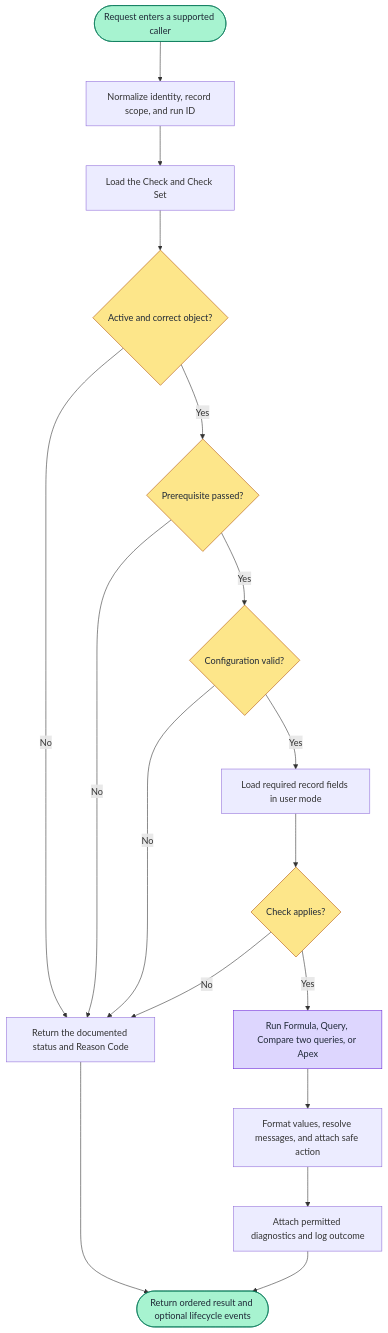
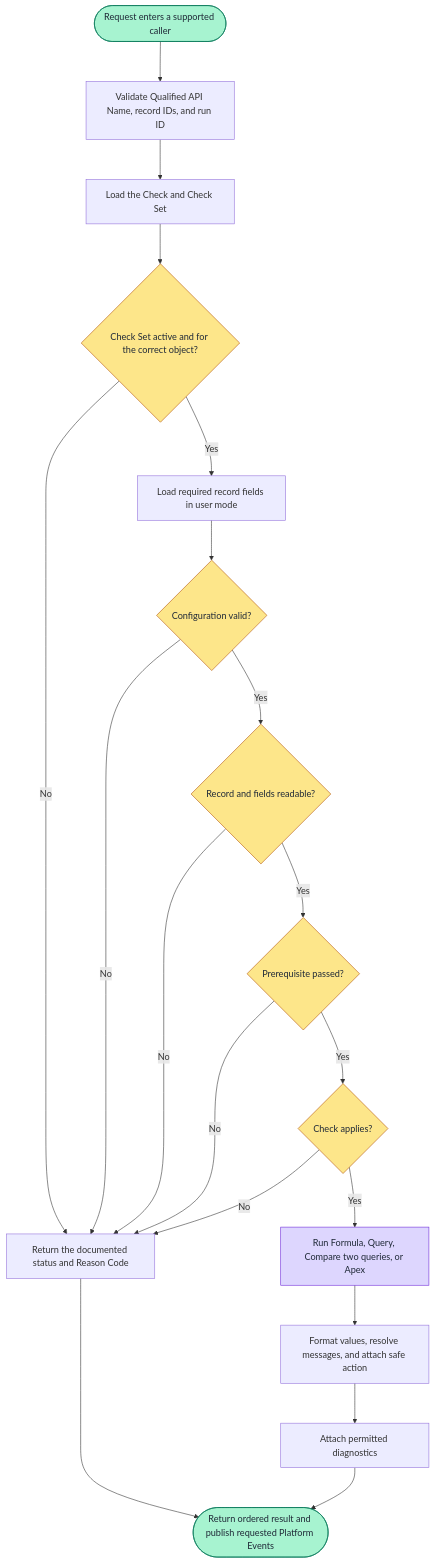
The diagram in docs/reference/framework/architecture.md (gkolan/record-health-check), drawn with Mermaid before and after one commit. The commit also changed other lines of this file and 121 other files, not shown here.

Commit message:
Prepare Record Health Check 2.0.1 release

````diff
--- a/docs/reference/framework/architecture.md
+++ b/docs/reference/framework/architecture.md
@@ -189,36 +192,40 @@
 ```mermaid
 %%{init: {"flowchart": {"nodeSpacing": 80, "rankSpacing": 70}} }%%
 flowchart TB
     request(["Request enters a supported caller"])
-    normalize["Normalize identity, record scope, and run ID"]
+    normalize["Validate Qualified API Name, record IDs, and run ID"]
     load["Load the Check and Check Set"]
-    context{"Active and correct object?"}
-    prerequisite{"Prerequisite passed?"}
+    context{"Check Set active and for the correct object?"}
     validate{"Configuration valid?"}
     record["Load required record fields in user mode"]
+    access{"Record and fields readable?"}
+    prerequisite{"Prerequisite passed?"}
     applies{"Check applies?"}
     evaluate["Run Formula, Query, Compare two queries, or Apex"]
     present["Format values, resolve messages, and attach safe action"]
-    secure["Attach permitted diagnostics and log outcome"]
-    result(["Return ordered result and optional lifecycle events"])
+    secure["Attach permitted diagnostics"]
+    result(["Return ordered result and publish requested Platform Events"])
     returned["Return the documented status and Reason Code"]
 
     request --> normalize --> load --> context
     context -->|"No"| returned
-    context -->|"Yes"| prerequisite
+    context -->|"Yes"| record --> validate
+    validate -->|"No"| returned
+    validate -->|"Yes"| access
+    access -->|"No"| returned
+    access -->|"Yes"| prerequisite
     prerequisite -->|"No"| returned
-    prerequisite -->|"Yes"| validate
-    validate -->|"No"| returned
-    validate -->|"Yes"| record --> applies
+    prerequisite -->|"Yes"| applies
     applies -->|"No"| returned
     applies -->|"Yes"| evaluate --> present --> secure --> result
     returned --> result
 
     style request fill:#a7f3d0,stroke:#047857,color:#1f2937
     style result fill:#a7f3d0,stroke:#047857,color:#1f2937
     style context fill:#fde68a,stroke:#b45309,color:#1f2937
+    style validate fill:#fde68a,stroke:#b45309,color:#1f2937
+    style access fill:#fde68a,stroke:#b45309,color:#1f2937
     style prerequisite fill:#fde68a,stroke:#b45309,color:#1f2937
-    style validate fill:#fde68a,stroke:#b45309,color:#1f2937
     style applies fill:#fde68a,stroke:#b45309,color:#1f2937
     style evaluate fill:#ddd6fe,stroke:#6d28d9,color:#1f2937
 ```
````
